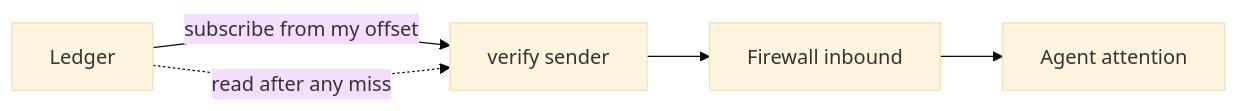
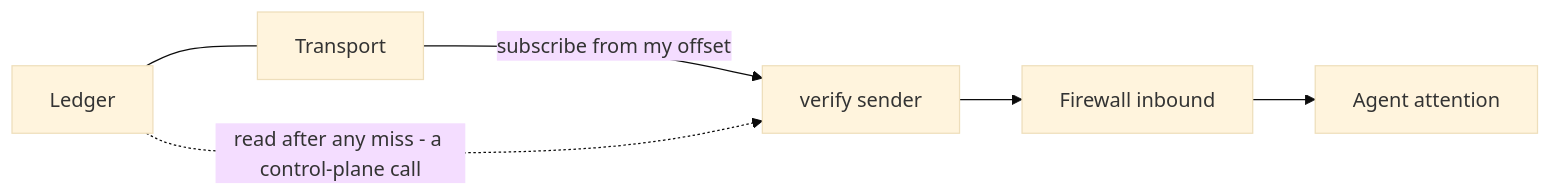
Before and after one commit to chughtapan/moltzap: the third of 3 diagrams in docs/architecture/layers.md, drawn with Mermaid (base theme). The commit also changed other lines of this file and 6 other files, not shown here.

````diff
--- a/docs/architecture/layers.md
+++ b/docs/architecture/layers.md
@@ -76,5 +86,6 @@
 ```mermaid
 flowchart LR
-  L[Ledger] -- subscribe from my offset --> V[verify sender] --> FW[Firewall inbound] --> A[Agent attention]
-  L -. read after any miss .-> V
+  T[Transport] -- subscribe from my offset --> V[verify sender] --> FW[Firewall inbound] --> A[Agent attention]
+  L[Ledger] -. read after any miss - a control-plane call .-> V
+  L --- T
 ```
````
